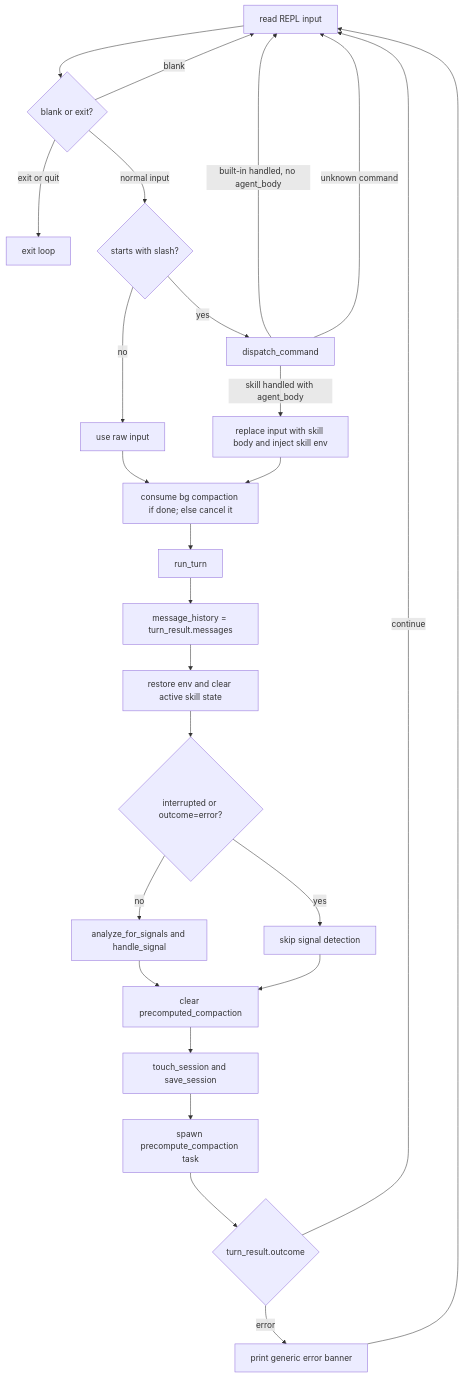
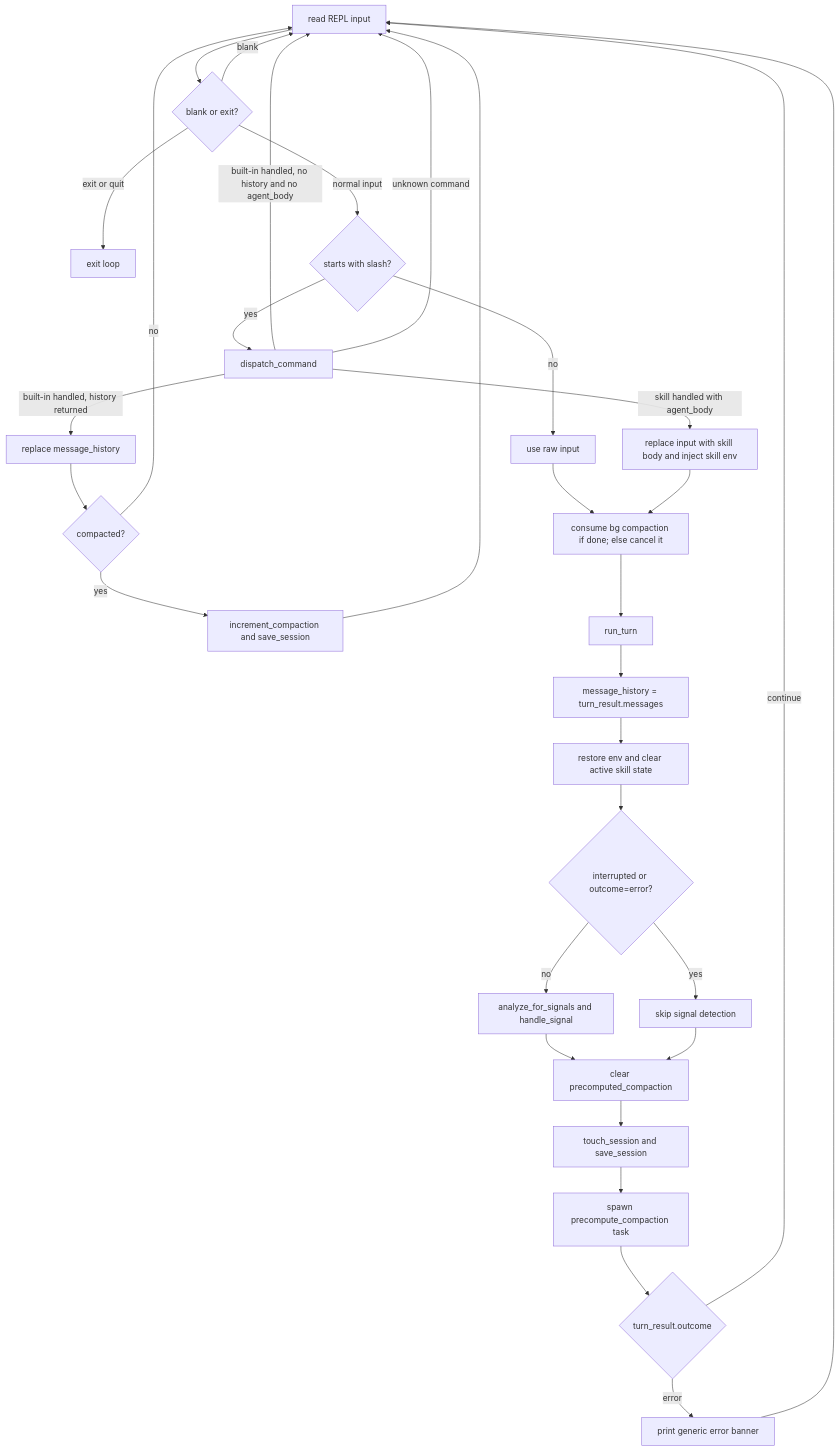
One commit to binlecode/co-cli changed the second of 4 diagrams in docs/DESIGN-core-loop.md. Above: the diagram before and after it, drawn with Mermaid. The commit also changed other lines of this file and 31 other files, not shown here.

````diff
--- a/docs/DESIGN-core-loop.md
+++ b/docs/DESIGN-core-loop.md
@@ -88,32 +91,37 @@
 ```mermaid
 flowchart TD
     A[read REPL input] --> B{blank or exit?}
     B -->|blank| A
     B -->|exit or quit| Z[exit loop]
     B -->|normal input| C{starts with slash?}
 
     C -->|no| D[use raw input]
     C -->|yes| E[dispatch_command]
 
-    E -->|built-in handled, no agent_body| A
+    E -->|built-in handled, history returned| E1[replace message_history]
+    E1 --> E2{compacted?}
+    E2 -->|yes| E3[increment_compaction and save_session]
+    E2 -->|no| A
+    E3 --> A
+    E -->|built-in handled, no history and no agent_body| A
     E -->|skill handled with agent_body| F[replace input with skill body and inject skill env]
     E -->|unknown command| A
 
     D --> G[consume bg compaction if done; else cancel it]
     F --> G
 
     G --> H[run_turn]
     H --> I[message_history = turn_result.messages]
     I --> J[restore env and clear active skill state]
     J --> K{interrupted or outcome=error?}
     K -->|no| L[analyze_for_signals and handle_signal]
     K -->|yes| M[skip signal detection]
     L --> N[clear precomputed_compaction]
     M --> N
     N --> O[touch_session and save_session]
     O --> P[spawn precompute_compaction task]
     P --> Q{turn_result.outcome}
     Q -->|continue| A
     Q -->|error| R[print generic error banner]
     R --> A
 ```
````
